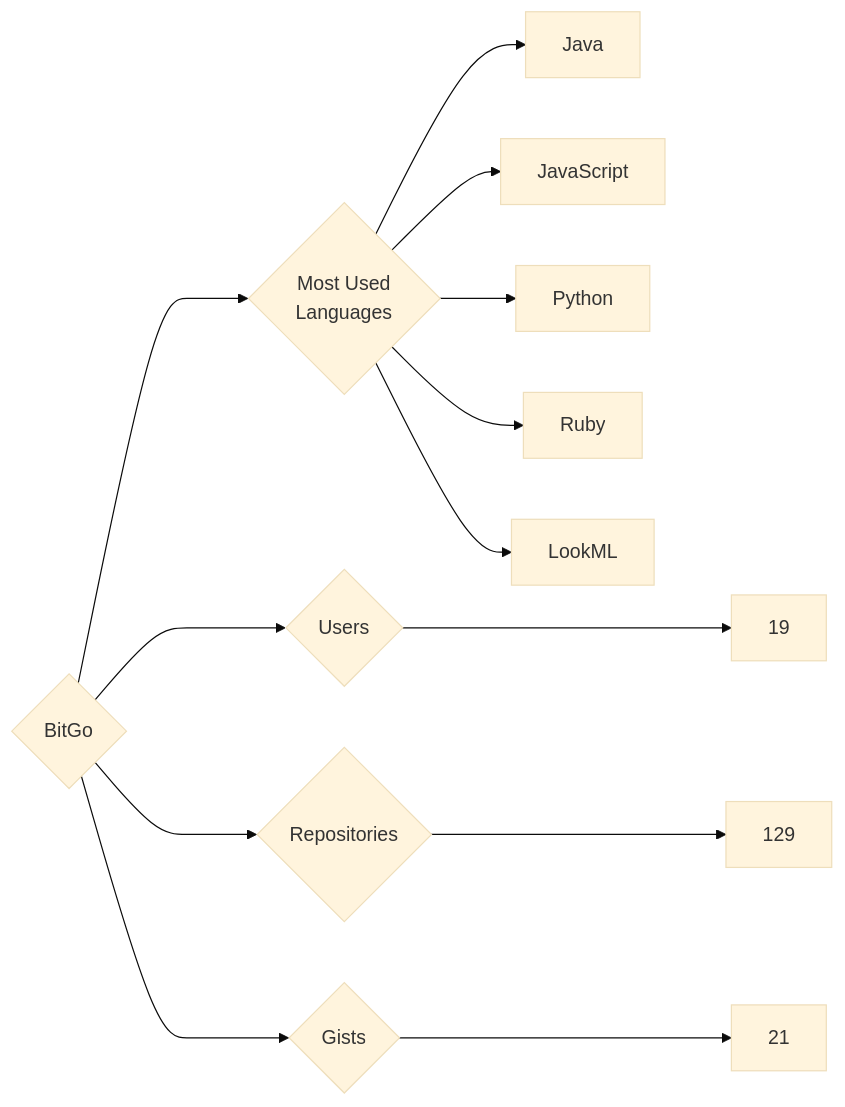
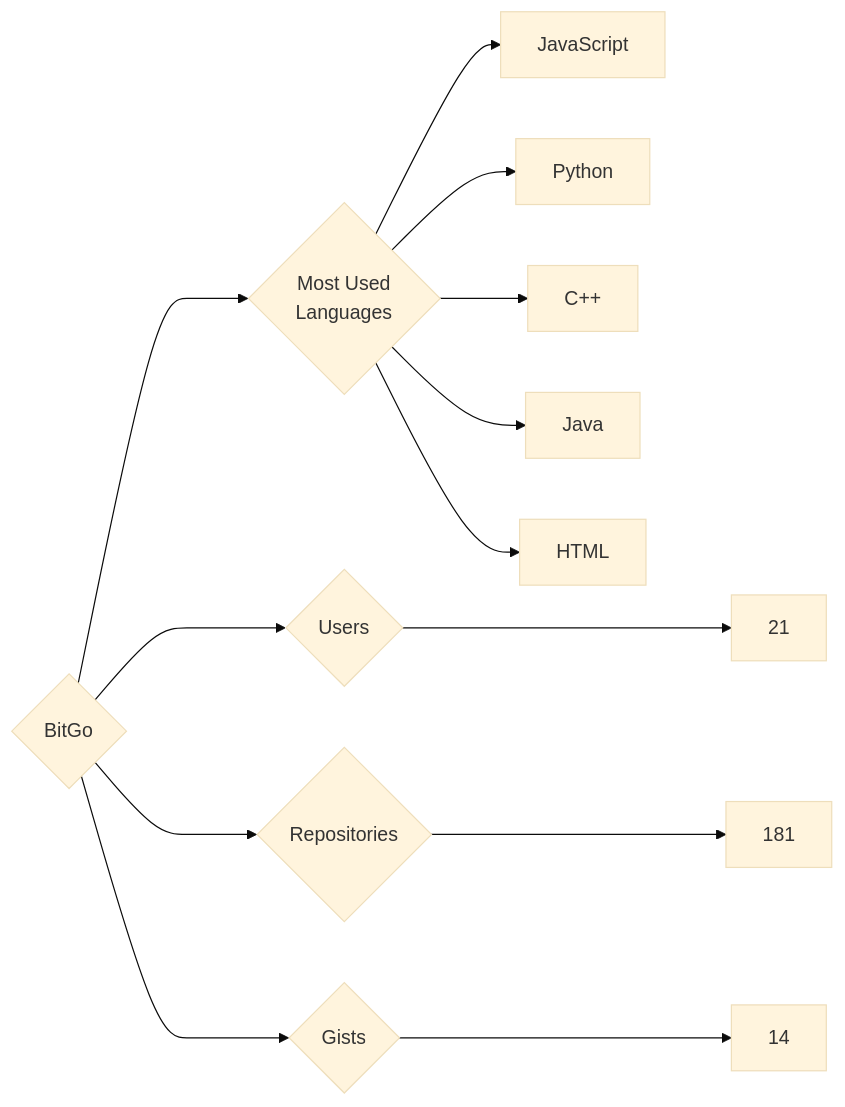
The diagram in targets/BitGo/README.md (trickest/insiders), drawn with Mermaid (base theme) before and after one commit. The commit also changed 925 other files, not shown here.

````diff
--- a/targets/BitGo/README.md
+++ b/targets/BitGo/README.md
@@ -3,13 +3,13 @@
 ```mermaid
 graph LR
 COMPANY_NAME{BitGo}
-COMPANY_NAME ---> U{Users} ---> UN[19]
-COMPANY_NAME ---> R{Repositories} ---> RN[129]
-COMPANY_NAME ---> G{Gists} ---> GN[21]
+COMPANY_NAME ---> U{Users} ---> UN[21]
+COMPANY_NAME ---> R{Repositories} ---> RN[181]
+COMPANY_NAME ---> G{Gists} ---> GN[14]
 COMPANY_NAME ---> ML{Most Used<br>Languages}
-ML --> Java[Java]
 ML --> JavaScript[JavaScript]
 ML --> Python[Python]
-ML --> Ruby[Ruby]
-ML --> LookML[LookML]
+ML --> C++[C++]
+ML --> Java[Java]
+ML --> HTML[HTML]
 ```
````
